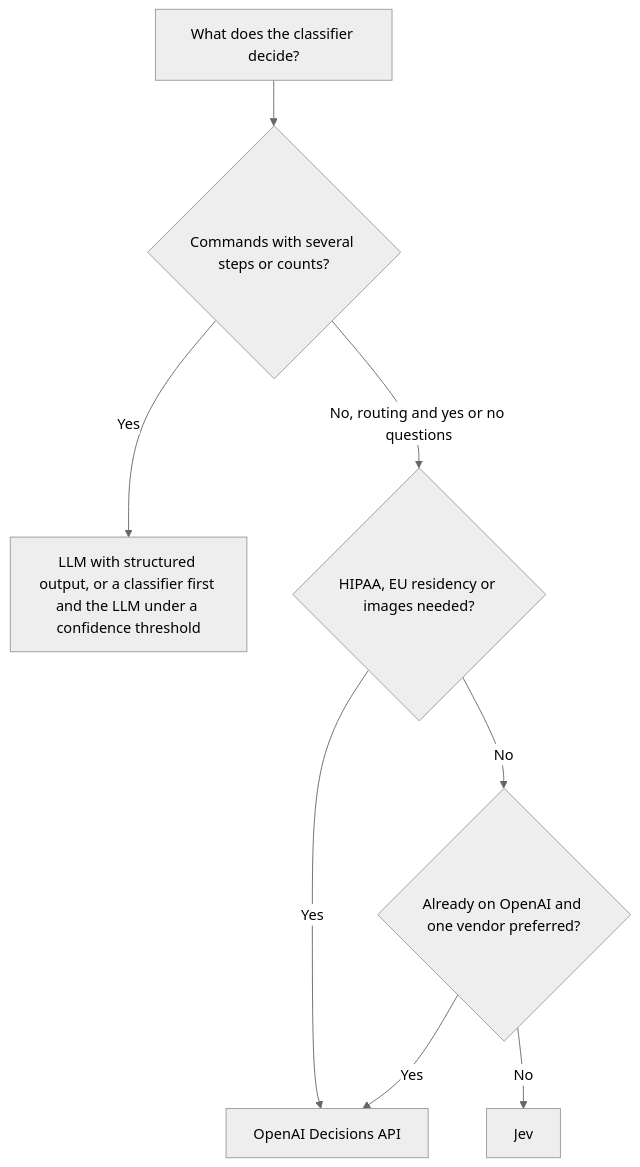
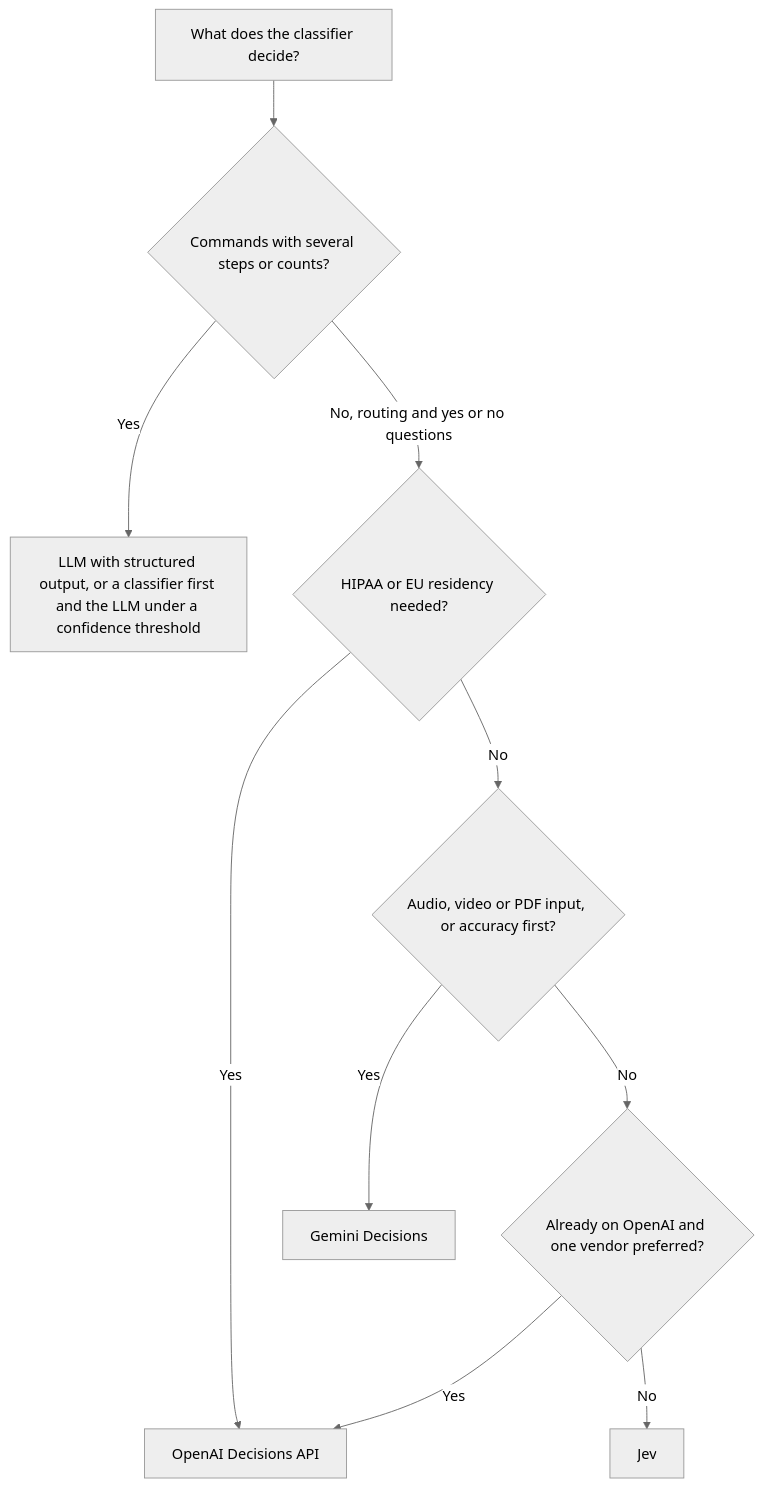
One commit to Godefroy/micdrop changed the diagram in website/src/content/blog/openai-decisions-vs-jev/index.mdx. Above: the diagram before and after it, drawn with Mermaid (neutral theme). The commit also changed other lines of this file, not shown here.

First line of the commit message:
Add Gemini Decisions to the OpenAI Decisions vs Jev benchmark

````diff
--- a/website/src/content/blog/openai-decisions-vs-jev/index.mdx
+++ b/website/src/content/blog/openai-decisions-vs-jev/index.mdx
@@ -160,10 +190,12 @@
 ```mermaid
 graph TD
   A[What does the classifier decide?] --> B{Commands with several steps or counts?}
   B -->|Yes| C[LLM with structured output, or a classifier first and the LLM under a confidence threshold]
-  B -->|No, routing and yes or no questions| D{HIPAA, EU residency or images needed?}
+  B -->|No, routing and yes or no questions| D{HIPAA or EU residency needed?}
   D -->|Yes| E[OpenAI Decisions API]
-  D -->|No| F{Already on OpenAI and one vendor preferred?}
+  D -->|No| H{Audio, video or PDF input, or accuracy first?}
+  H -->|Yes| I[Gemini Decisions]
+  H -->|No| F{Already on OpenAI and one vendor preferred?}
   F -->|Yes| E
   F -->|No| G[Jev]
 ```
````
